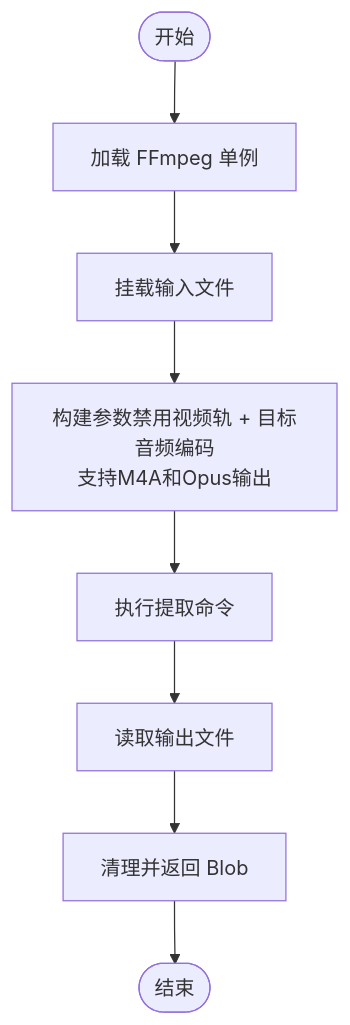
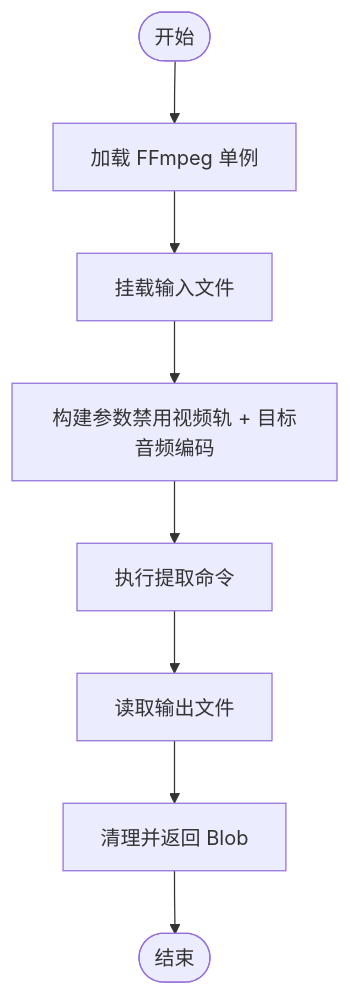
The fifth of 7 diagrams in .qoder/repowiki/zh/content/音频工具/音频工具.md (sgyy/privadeck), drawn with Mermaid before and after one commit. The commit also changed other lines of this file and 48 other files, not shown here.

````diff
--- a/.qoder/repowiki/zh/content/音频工具/音频工具.md
+++ b/.qoder/repowiki/zh/content/音频工具/音频工具.md
@@ -220,10 +199,10 @@
 ```mermaid
 flowchart TD
 E_START(["开始"]) --> E_LOAD["加载 FFmpeg 单例"]
 E_LOAD --> E_MOUNT["挂载输入文件"]
-E_MOUNT --> E_ARGS["构建参数禁用视频轨 + 目标音频编码<br/>支持M4A和Opus输出"]
+E_MOUNT --> E_ARGS["构建参数禁用视频轨 + 目标音频编码"]
 E_ARGS --> E_EXEC["执行提取命令"]
 E_EXEC --> E_READ["读取输出文件"]
 E_READ --> E_CLEAN["清理并返回 Blob"]
 E_CLEAN --> E_DONE(["结束"])
 ```
````
